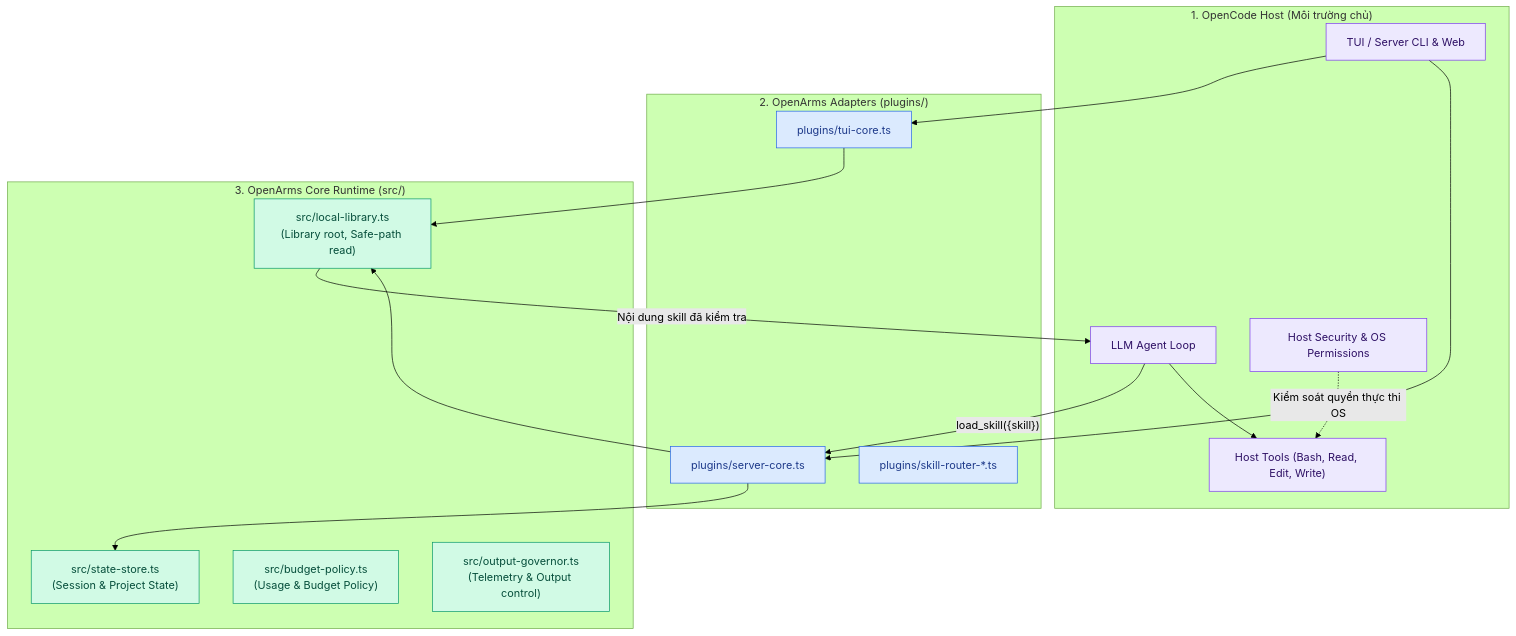
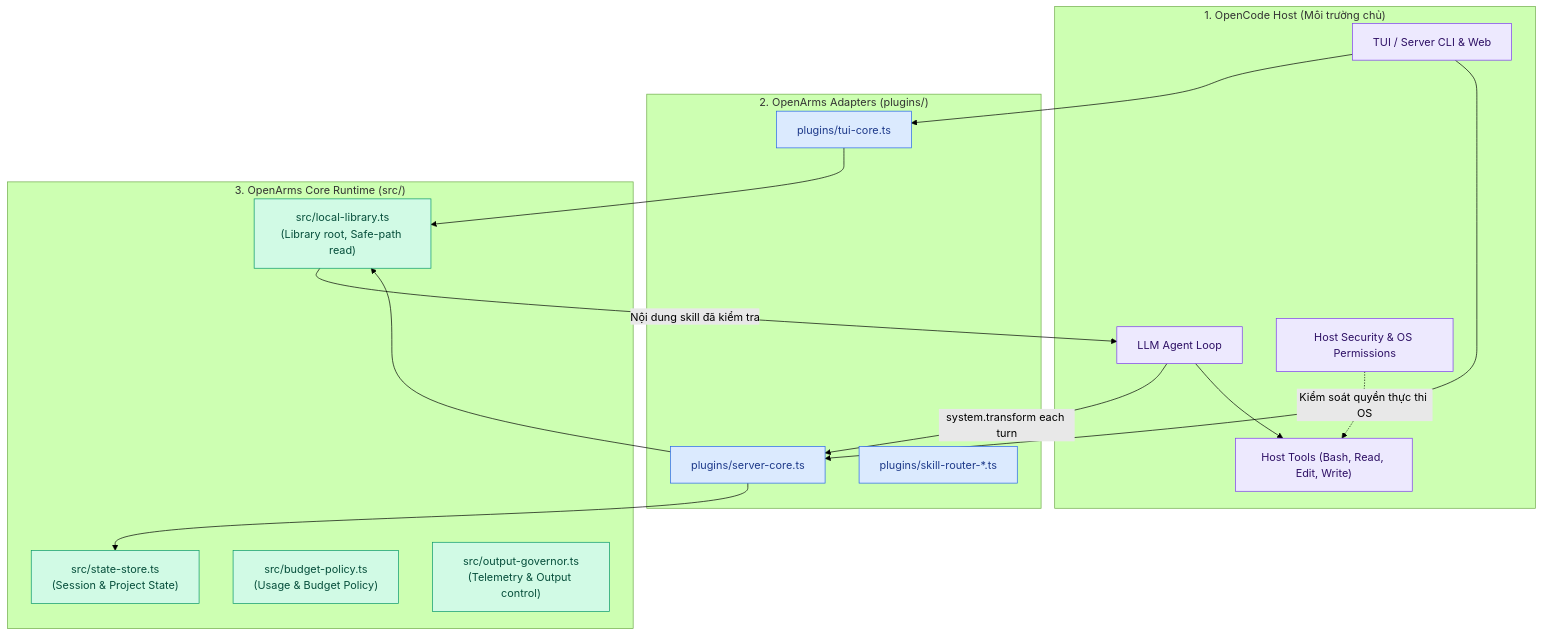
The diagram in docs/contributing/architecture-cheat-sheet.md (apase95/OpenArms), drawn with Mermaid (forest theme) before and after one commit. The commit also changed other lines of this file and 20 other files, not shown here.

````diff
--- a/docs/contributing/architecture-cheat-sheet.md
+++ b/docs/contributing/architecture-cheat-sheet.md
@@ -9,39 +9,39 @@
 ```mermaid
 graph TD
     subgraph Host["1. OpenCode Host (Môi trường chủ)"]
         UI["TUI / Server CLI & Web"]
         Agent["LLM Agent Loop"]
         HostTools["Host Tools (Bash, Read, Edit, Write)"]
         HostPerm["Host Security & OS Permissions"]
     end
 
     subgraph Adapters["2. OpenArms Adapters (plugins/)"]
         ServerAdapt["plugins/server-core.ts"]
         TuiAdapt["plugins/tui-core.ts"]
         RouterAdapt["plugins/skill-router-*.ts"]
     end
 
     subgraph Core["3. OpenArms Core Runtime (src/)"]
         LocalLib["src/local-library.ts<br/>(Library root, Safe-path read)"]
         StateStore["src/state-store.ts<br/>(Session & Project State)"]
         BudgetPol["src/budget-policy.ts<br/>(Usage & Budget Policy)"]
         GovEngine["src/output-governor.ts<br/>(Telemetry & Output control)"]
     end
 
     UI --> TuiAdapt
     UI --> ServerAdapt
     TuiAdapt --> LocalLib
     ServerAdapt --> LocalLib
     ServerAdapt --> StateStore
-    Agent -->|"load_skill({skill})"| ServerAdapt
+    Agent -->|"system.transform each turn"| ServerAdapt
     LocalLib -->|"Nội dung skill đã kiểm tra"| Agent
     Agent --> HostTools
     HostPerm -.->|"Kiểm soát quyền thực thi OS"| HostTools
 
     classDef hostStyle fill:#EDE9FE,stroke:#7C3AED,color:#2E1065
     classDef adaptStyle fill:#DBEAFE,stroke:#2563EB,color:#1E3A8A
     classDef coreStyle fill:#D1FAE5,stroke:#059669,color:#064E3B
     class UI,Agent,HostTools,HostPerm hostStyle
     class ServerAdapt,TuiAdapt,RouterAdapt adaptStyle
     class LocalLib,StateStore,BudgetPol,GovEngine coreStyle
 ```
````
